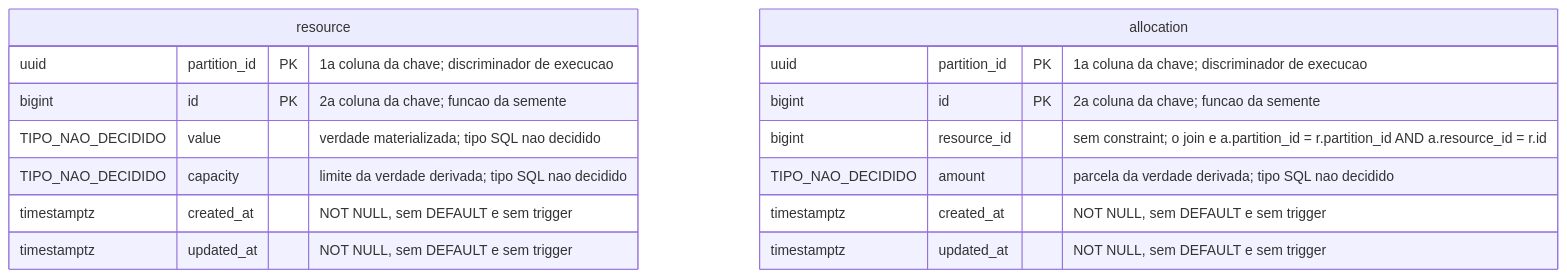
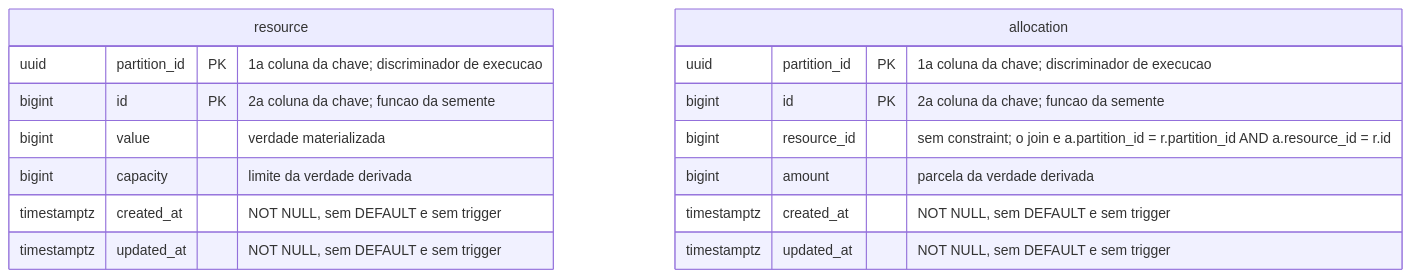
Before and after one commit to da0hn/distributed-systems-experiment-lab: the diagram in docs/architecture/schemas/sut.md, drawn with Mermaid. The commit also changed other lines of this file and 4 other files, not shown here.

First line of the commit message:
docs(schemas): Fixa `bigint` em `value`, `capacity` e `amount` do `sut`

````diff
--- a/docs/architecture/schemas/sut.md
+++ b/docs/architecture/schemas/sut.md
@@ -9,19 +9,19 @@
 ```mermaid
 erDiagram
     resource {
         uuid partition_id PK "1a coluna da chave; discriminador de execucao"
         bigint id PK "2a coluna da chave; funcao da semente"
-        TIPO_NAO_DECIDIDO value "verdade materializada; tipo SQL nao decidido"
-        TIPO_NAO_DECIDIDO capacity "limite da verdade derivada; tipo SQL nao decidido"
+        bigint value "verdade materializada"
+        bigint capacity "limite da verdade derivada"
         timestamptz created_at "NOT NULL, sem DEFAULT e sem trigger"
         timestamptz updated_at "NOT NULL, sem DEFAULT e sem trigger"
     }
     allocation {
         uuid partition_id PK "1a coluna da chave; discriminador de execucao"
         bigint id PK "2a coluna da chave; funcao da semente"
         bigint resource_id "sem constraint; o join e a.partition_id = r.partition_id AND a.resource_id = r.id"
-        TIPO_NAO_DECIDIDO amount "parcela da verdade derivada; tipo SQL nao decidido"
+        bigint amount "parcela da verdade derivada"
         timestamptz created_at "NOT NULL, sem DEFAULT e sem trigger"
         timestamptz updated_at "NOT NULL, sem DEFAULT e sem trigger"
     }
 ```
````
